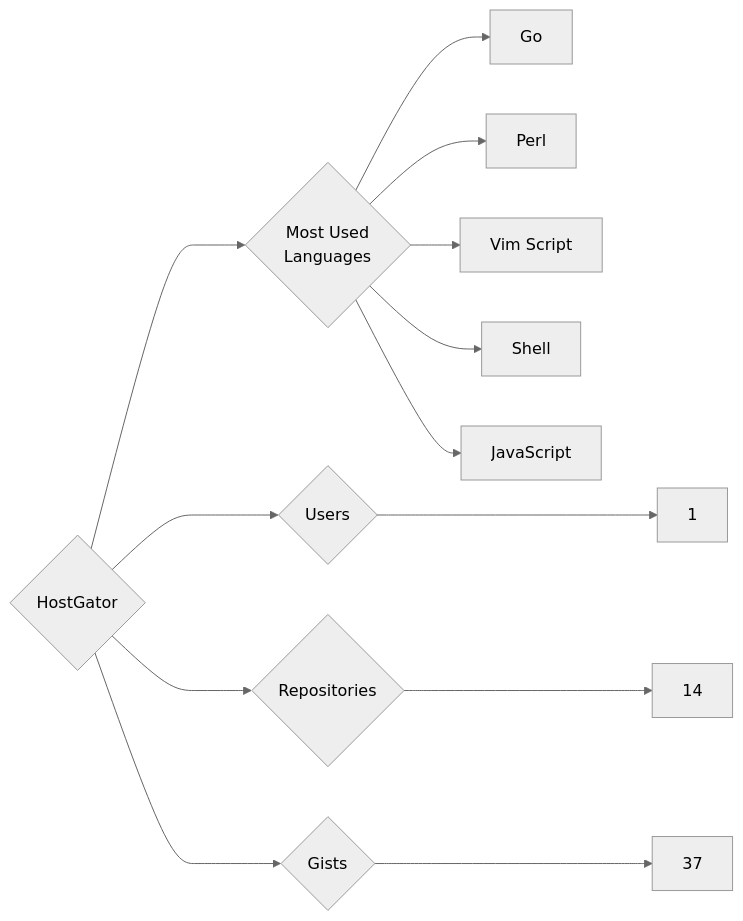
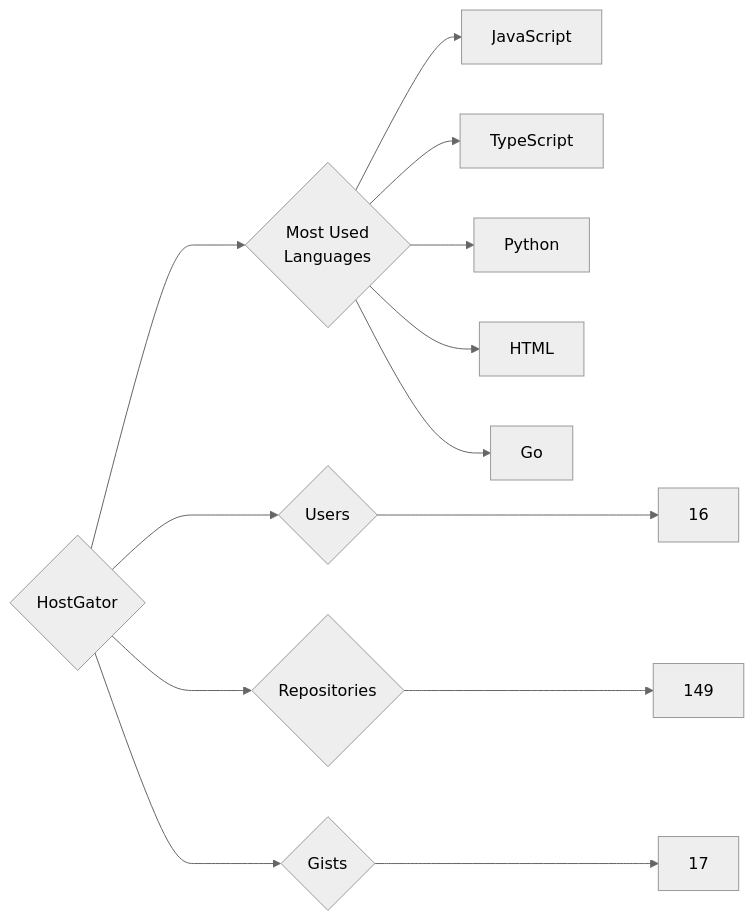
The diagram in targets/HostGator/README.md (trickest/insiders), drawn with Mermaid (neutral theme) before and after one commit. The commit also changed 715 other files, not shown here.

````diff
--- a/targets/HostGator/README.md
+++ b/targets/HostGator/README.md
@@ -3,13 +3,13 @@
 ```mermaid
 graph LR
 COMPANY_NAME{HostGator}
-COMPANY_NAME ---> U{Users} ---> UN[1]
-COMPANY_NAME ---> R{Repositories} ---> RN[14]
-COMPANY_NAME ---> G{Gists} ---> GN[37]
+COMPANY_NAME ---> U{Users} ---> UN[16]
+COMPANY_NAME ---> R{Repositories} ---> RN[149]
+COMPANY_NAME ---> G{Gists} ---> GN[17]
 COMPANY_NAME ---> ML{Most Used<br>Languages}
+ML --> JavaScript[JavaScript]
+ML --> TypeScript[TypeScript]
+ML --> Python[Python]
+ML --> HTML[HTML]
 ML --> Go[Go]
-ML --> Perl[Perl]
-ML --> Vim_Script[Vim Script]
-ML --> Shell[Shell]
-ML --> JavaScript[JavaScript]
 ```
````
